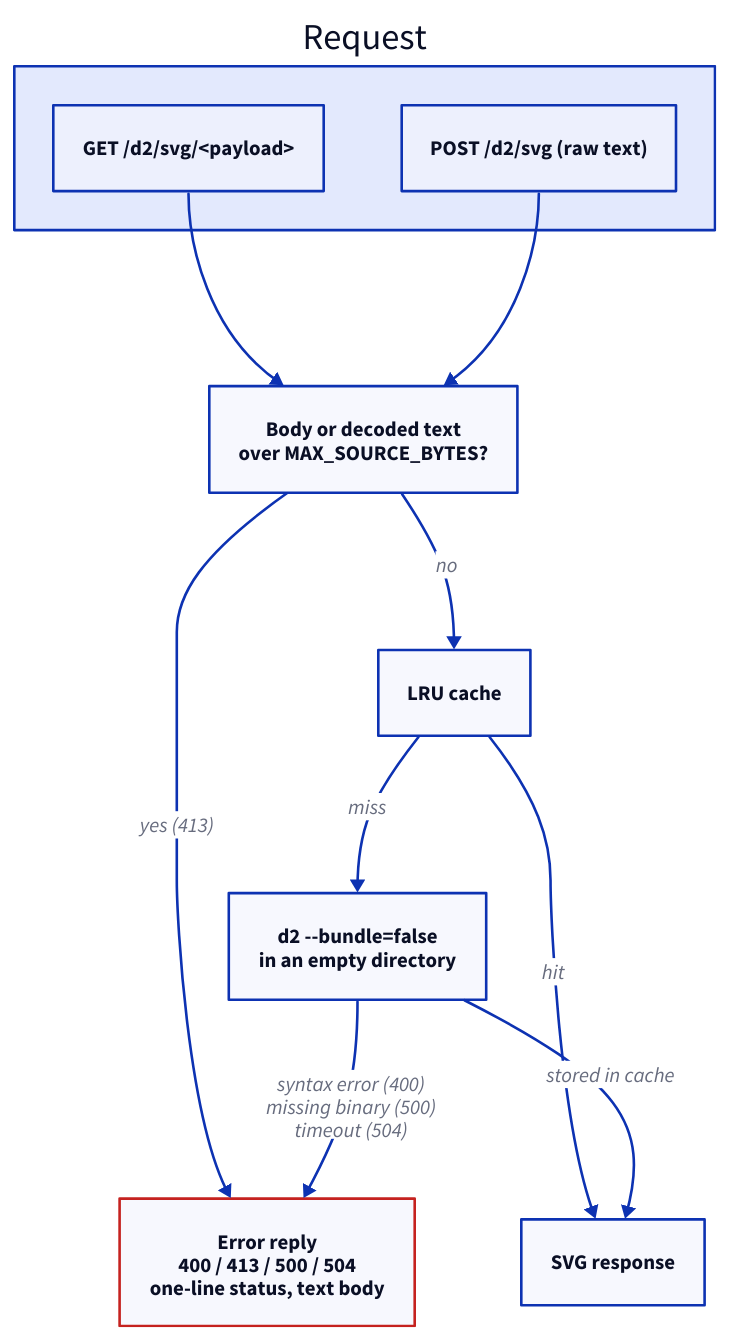
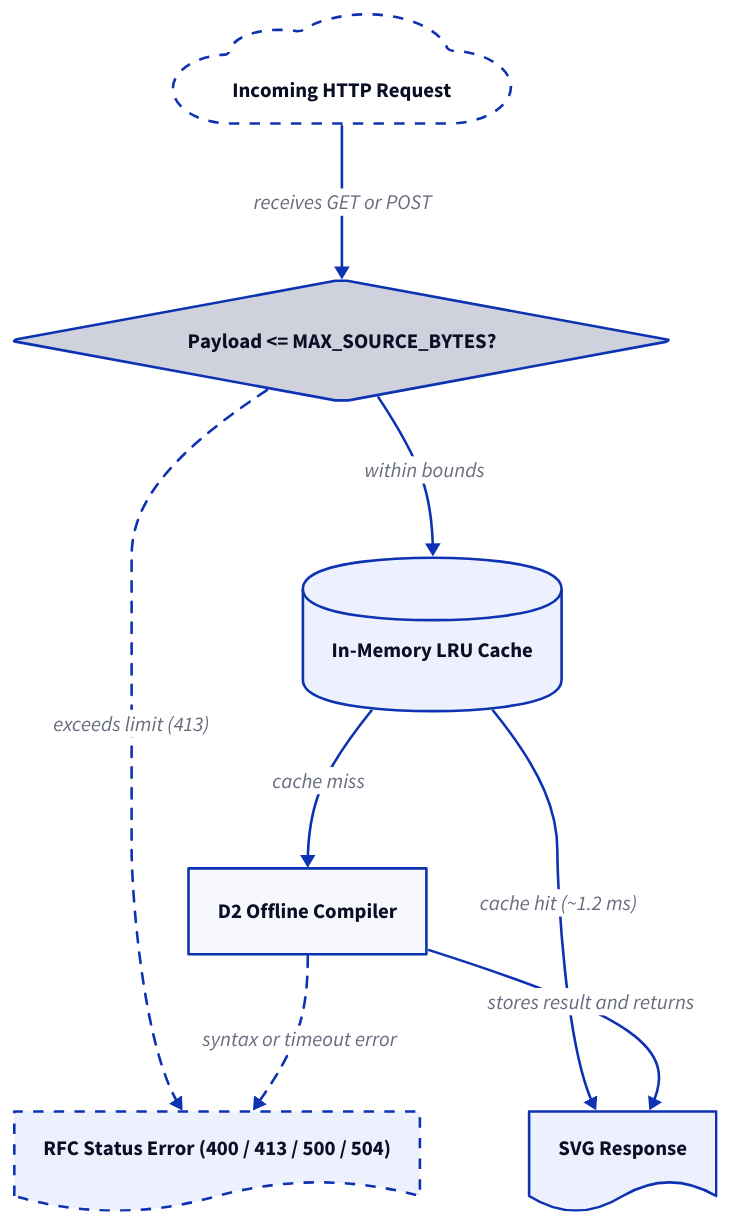
One commit to kanad13/d2-renderer changed the first of 3 diagrams in docs/030-architecture.md. Above: the diagram before and after it, drawn with D2. The commit also changed other lines of this file and 87 other files, not shown here. The source asks for the TALA layout; these drawings use dagre instead.

````diff
--- a/docs/030-architecture.md
+++ b/docs/030-architecture.md
@@ -24,27 +24,45 @@
 ```d2
-direction: down
-
-req: Request {
-  get: "GET /d2/svg/<payload>"
-  post: "POST /d2/svg (raw text)"
+vars: {
+  d2-config: {
+    layout-engine: tala
+    pad: 24
+    theme-id: 0
+    dark-theme-id: 200
+  }
 }
 
-limits: Size check {
-  label: "Body or decoded text\nover MAX_SOURCE_BYTES?"
-}
-cache: LRU cache
-compile: "d2 --bundle=false\nin an empty directory"
-reply: SVG response
-errors: "Error reply\n400 / 413 / 500 / 504\none-line status, text body" {
-  style.stroke: "#C5221F"
+client_request: Incoming HTTP Request {
+  shape: cloud
+  style.stroke-dash: 4
 }
 
-req.get -> limits
-req.post -> limits
-limits -> errors: yes (413)
-limits -> cache: no
-cache -> reply: hit
-cache -> compile: miss
-compile -> reply: stored in cache
-compile -> errors: syntax error (400)\nmissing binary (500)\ntimeout (504)
+size_guard: "Payload <= MAX_SOURCE_BYTES?" {
+  shape: diamond
+}
+
+memory_cache: In-Memory LRU Cache {
+  shape: cylinder
+}
+
+compiler_engine: "D2 Offline Compiler"
+svg_response: SVG Response {
+  shape: document
+}
+
+error_response: "RFC Status Error (400 / 413 / 500 / 504)" {
+  shape: document
+  style.stroke-dash: 4
+}
+
+client_request -> size_guard: receives GET or POST
+size_guard -> error_response: "exceeds limit (413)" {
+  style.stroke-dash: 4
+}
+size_guard -> memory_cache: within bounds
+memory_cache -> svg_response: cache hit (~1.2 ms)
+memory_cache -> compiler_engine: cache miss
+compiler_engine -> svg_response: stores result and returns
+compiler_engine -> error_response: syntax or timeout error {
+  style.stroke-dash: 4
+}
 ```
````
